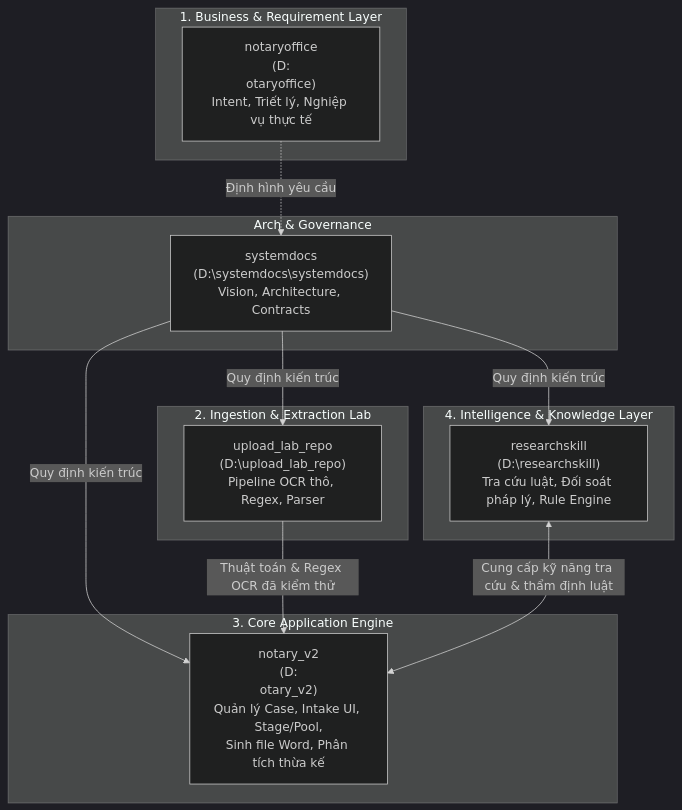
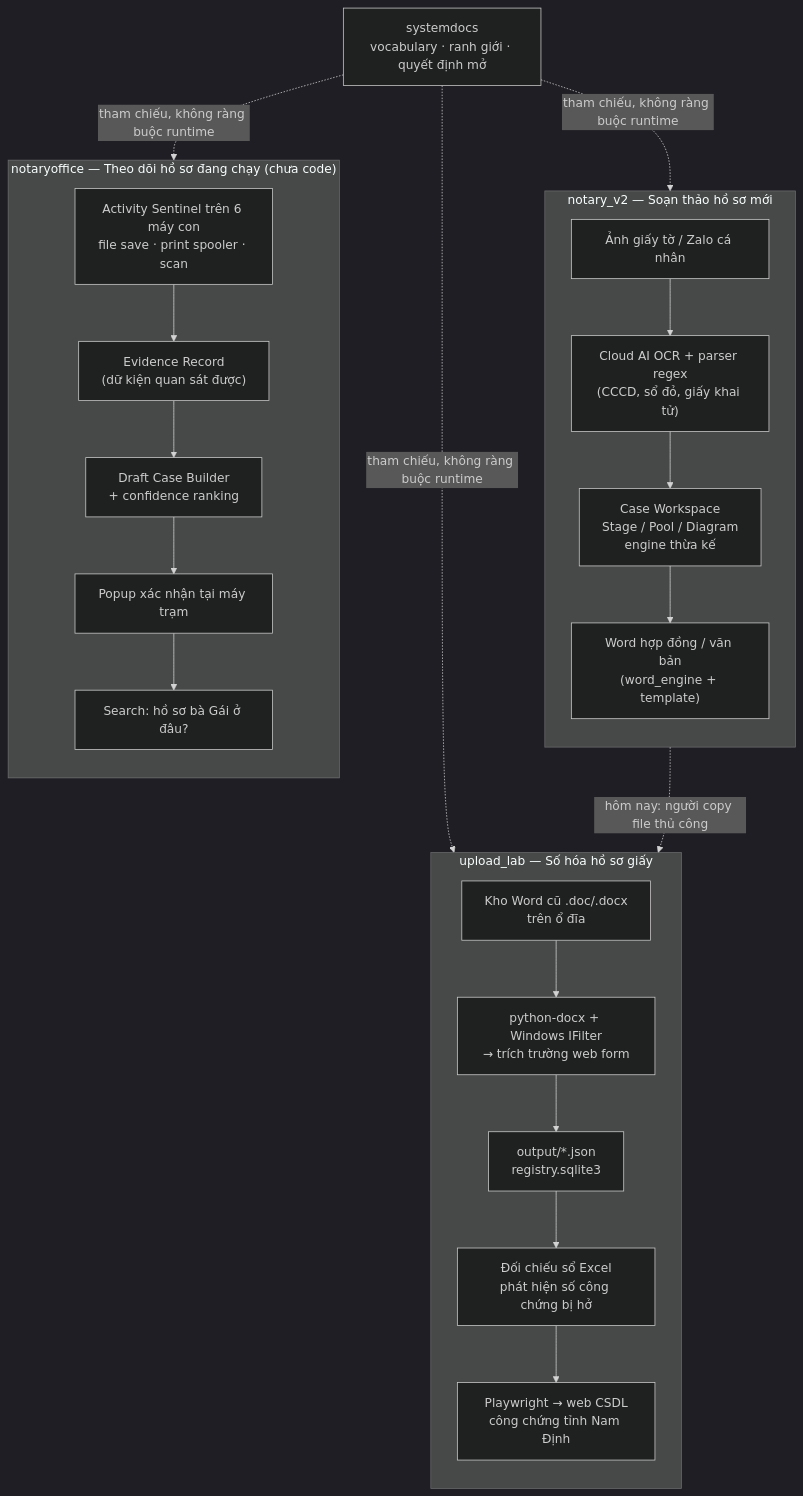
The diagram in SYSTEM_ARCHITECTURE.md (minhnhatnguyen6297-a11y/systemdocs), drawn with Mermaid (dark theme) before and after one commit. The commit also changed other lines of this file and 9 other files, not shown here.

Commit message:
docs: finalize parent systemdocs architecture, decisions, tech stack, and contracts

````diff
--- a/SYSTEM_ARCHITECTURE.md
+++ b/SYSTEM_ARCHITECTURE.md
@@ -5,30 +20,38 @@
 ```mermaid
-flowchart TD
-    subgraph Business_Layer ["1. Business & Requirement Layer"]
-        NO["notaryoffice<br/>(D:\notaryoffice)<br/>Intent, Triết lý, Nghiệp vụ thực tế"]
+flowchart TB
+    subgraph NV2["notary_v2 — Soạn thảo hồ sơ mới"]
+        direction TB
+        NV2IN["Ảnh giấy tờ / Zalo cá nhân"]
+        NV2OCR["Cloud AI OCR + parser regex<br/>(CCCD, sổ đỏ, giấy khai tử)"]
+        NV2CASE["Case Workspace<br/>Stage / Pool / Diagram<br/>engine thừa kế"]
+        NV2OUT["Word hợp đồng / văn bản<br/>(word_engine + template)"]
+        NV2IN --> NV2OCR --> NV2CASE --> NV2OUT
     end
 
-    subgraph Lab_Intake ["2. Ingestion & Extraction Lab"]
-        UL["upload_lab_repo<br/>(D:\upload_lab_repo)<br/>Pipeline OCR thô, Regex, Parser"]
+    subgraph UL["upload_lab — Số hóa hồ sơ giấy"]
+        direction TB
+        ULIN["Kho Word cũ .doc/.docx<br/>trên ổ đĩa"]
+        ULEX["python-docx + Windows IFilter<br/>→ trích trường web form"]
+        ULDB["output/*.json<br/>registry.sqlite3"]
+        ULAUD["Đối chiếu sổ Excel<br/>phát hiện số công chứng bị hở"]
+        ULUP["Playwright → web CSDL<br/>công chứng tỉnh Nam Định"]
+        ULIN --> ULEX --> ULDB --> ULAUD --> ULUP
     end
 
-    subgraph Core_Engine ["3. Core Application Engine"]
-        NV2["notary_v2<br/>(D:\notary_v2)<br/>Quản lý Case, Intake UI, Stage/Pool,<br/>Sinh file Word, Phân tích thừa kế"]
+    subgraph NO["notaryoffice — Theo dõi hồ sơ đang chạy (chưa code)"]
+        direction TB
+        NOSEN["Activity Sentinel trên 6 máy con<br/>file save · print spooler · scan"]
+        NOEV["Evidence Record<br/>(dữ kiện quan sát được)"]
+        NODC["Draft Case Builder<br/>+ confidence ranking"]
+        NOCF["Popup xác nhận tại máy trạm"]
+        NOSE["Search: hồ sơ bà Gái ở đâu?"]
+        NOSEN --> NOEV --> NODC --> NOCF --> NOSE
     end
 
-    subgraph Intelligence_Layer ["4. Intelligence & Knowledge Layer"]
-        RS["researchskill<br/>(D:\researchskill)<br/>Tra cứu luật, Đối soát pháp lý, Rule Engine"]
-    end
+    SD["systemdocs<br/>vocabulary · ranh giới · quyết định mở"]
+    SD -.->|tham chiếu, không ràng buộc runtime| NV2
+    SD -.->|tham chiếu, không ràng buộc runtime| UL
+    SD -.->|tham chiếu, không ràng buộc runtime| NO
 
-    subgraph Hub ["Arch & Governance"]
-        SD["systemdocs<br/>(D:\systemdocs\systemdocs)<br/>Vision, Architecture, Contracts"]
-    end
-
-    NO -.->|Định hình yêu cầu| SD
-    SD -->|Quy định kiến trúc| NV2
-    SD -->|Quy định kiến trúc| UL
-    SD -->|Quy định kiến trúc| RS
-
-    UL -->|Thuật toán & Regex OCR đã kiểm thử| NV2
-    RS <-->|Cung cấp kỹ năng tra cứu & thẩm định luật| NV2
+    NV2OUT -. "hôm nay: người copy file thủ công" .-> ULIN
 ```
````
